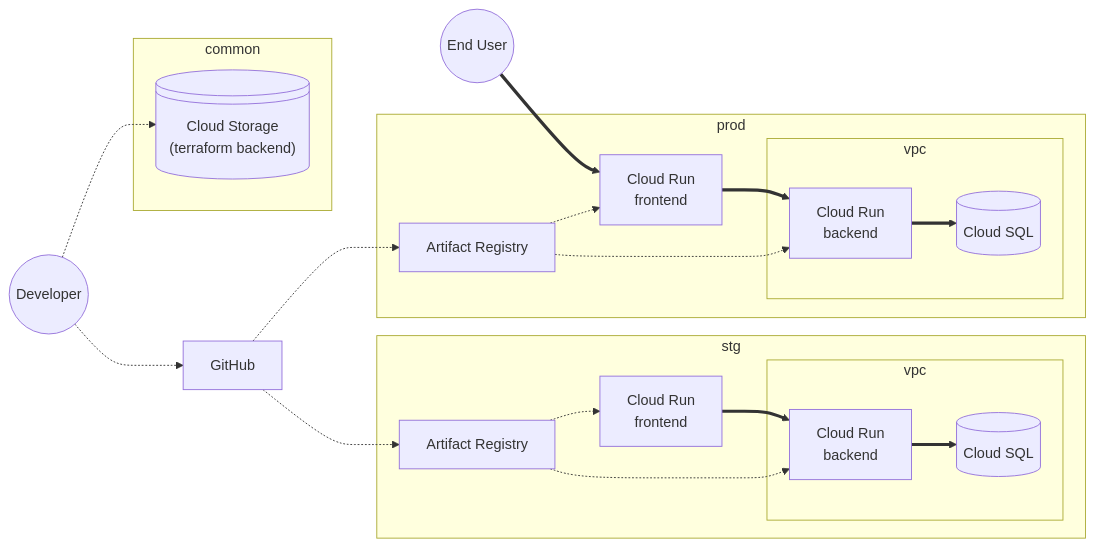
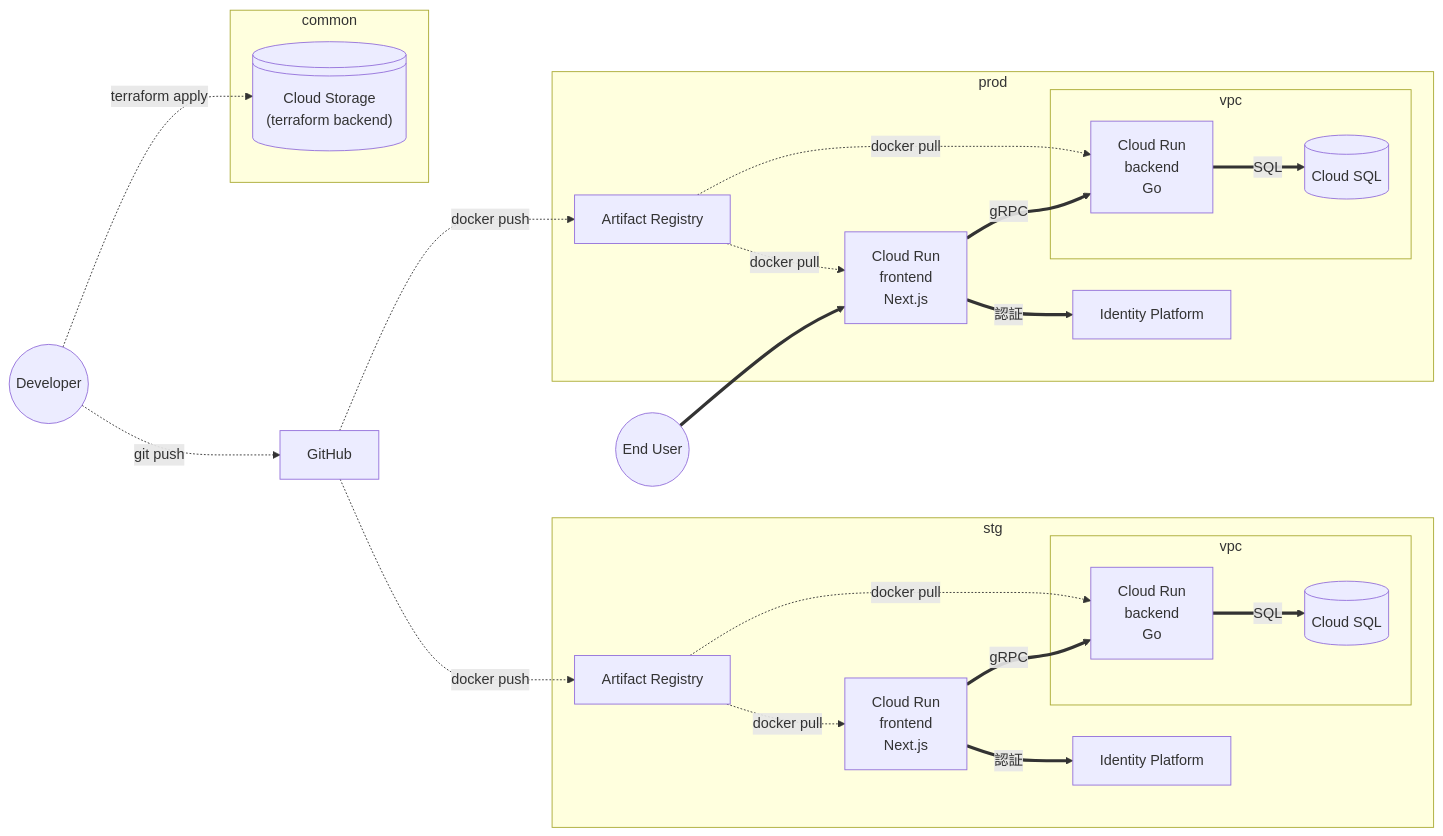
One commit to kanaru-ssk/payment-manager changed the diagram in docs/infrastructure.md. Above: the diagram before and after it, drawn with Mermaid. The commit also changed other lines of this file, not shown here.

Commit message:
インフラ構成図更新

````diff
--- a/docs/infrastructure.md
+++ b/docs/infrastructure.md
@@ -3,48 +3,51 @@
 ```mermaid
 flowchart LR
   d@{ shape: circle, label: "Developer" }
   gh[GitHub]
   eu@{ shape: circle, label: "End User" }
 
-  d -.-> ccs
-  d -.-> gh
+  d -. terraform apply .-> ccs
+  d -. git push .-> gh
 
-  gh -.-> par
-  gh -.-> sar
+  gh -. docker push .-> par
+  gh -. docker push .-> sar
   eu ==> pcrf
 
   subgraph stg
+    sar[Artifact Registry]
+    scrf[Cloud Run <br> frontend <br> Next.js]
+    sidp[Identity Platform]
+
     subgraph sv[vpc]
-      scrb[Cloud Run <br> backend]
+      scrb[Cloud Run <br> backend <br> Go]
       scs@{ shape: db, label: "Cloud SQL" }
     end
 
-    sar[Artifact Registry]
-    scrf[Cloud Run <br> frontend]
-
-    scrf ==> scrb
-    scrb ==> scs
-    sar -.-> scrf
-    sar -.-> scrb
+    scrf == gRPC ==> scrb
+    scrf == 認証 ==> sidp
+    scrb == SQL ==> scs
+    sar -. docker pull .-> scrf
+    sar -. docker pull .-> scrb
   end
 
   subgraph prod
+    par[Artifact Registry]
+    pcrf[Cloud Run <br> frontend <br> Next.js]
+    pidp[Identity Platform]
+
     subgraph pv[vpc]
-      pcrb[Cloud Run <br> backend]
+      pcrb[Cloud Run <br> backend <br> Go]
       pcs@{ shape: db, label: "Cloud SQL" }
     end
 
-    par[Artifact Registry]
-    pcrf[Cloud Run <br> frontend]
-
-
-    pcrf ==> pcrb
-    pcrb ==> pcs
-    par -.-> pcrf
-    par -.-> pcrb
+    pcrf == gRPC ==> pcrb
+    pcrf == 認証 ==> pidp
+    pcrb == SQL ==> pcs
+    par -. docker pull .-> pcrf
+    par -. docker pull .-> pcrb
   end
 
   subgraph common
     ccs@{ shape: disk, label: "Cloud Storage <br> (terraform backend)" }
   end
 ```
````
